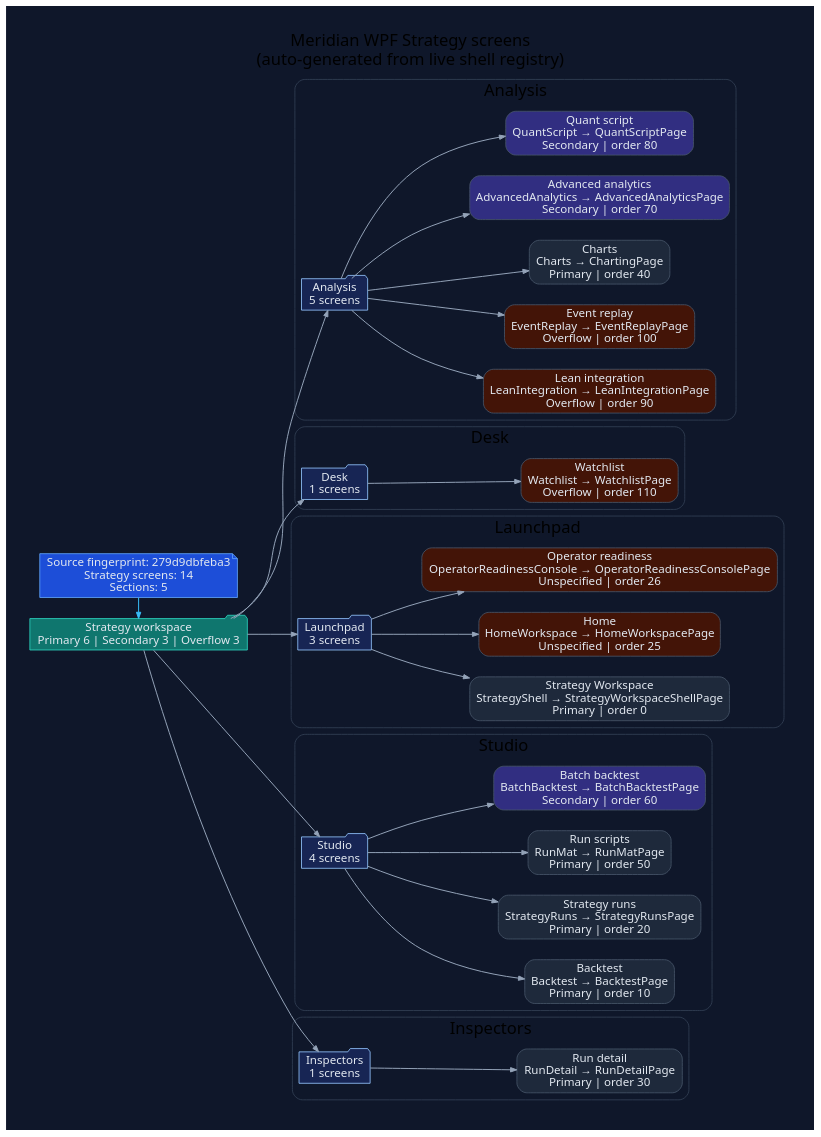
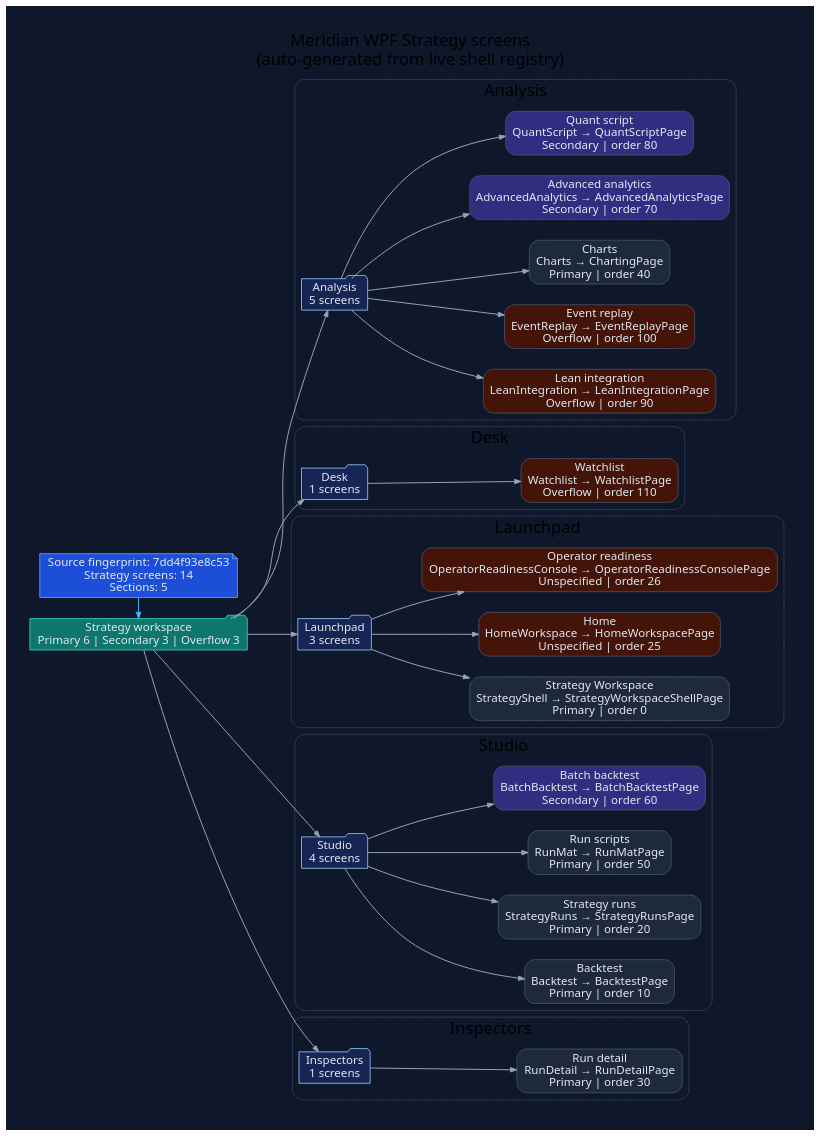
One commit to rodoHasArrived/Meridian-main changed the diagram in docs/diagrams/ui/ui-wpf-screens-strategy.dot. Above: the diagram before and after it, drawn with Graphviz. The commit also changed 45 other files, not shown here.

First line of the commit message:
Regenerate the UI diagrams and WPF screen tracker

```diff
--- a/docs/diagrams/ui/ui-wpf-screens-strategy.dot
+++ b/docs/diagrams/ui/ui-wpf-screens-strategy.dot
@@ -1,94 +1,94 @@
 // -----------------------------------------------------------------------------
 // <auto-generated>
 // Generated by scripts/generate-diagrams.mjs.
 // Do not edit this file directly; update the WPF source files instead.
 // -----------------------------------------------------------------------------
 digraph WpfStrategyScreens {
   graph [
     rankdir=LR,
     labelloc=t,
     label="Meridian WPF Strategy screens\n(auto-generated from live shell registry)",
     fontname="Segoe UI",
     fontsize=20,
     pad=0.4,
     nodesep=0.35,
     ranksep=0.85,
     bgcolor="#0f172a"
   ];
   node [fontname="Segoe UI", shape=box, style="rounded,filled", color="#475569", fontcolor="#e2e8f0", fillcolor="#1e293b"];
   edge [fontname="Segoe UI", color="#94a3b8", penwidth=1.2, arrowsize=0.75];
 
-  generated [shape=note, fillcolor="#1d4ed8", color="#60a5fa", label="Source fingerprint: 279d9dbfeba3\nStrategy screens: 14\nSections: 5"];
+  generated [shape=note, fillcolor="#1d4ed8", color="#60a5fa", label="Source fingerprint: 7dd4f93e8c53\nStrategy screens: 14\nSections: 5"];
   workspace [shape=folder, fillcolor="#0f766e", color="#2dd4bf", label="Strategy workspace\nPrimary 6 | Secondary 3 | Overflow 3"];
   generated -> workspace [color="#38bdf8"];
 
   subgraph cluster_section_1 {
     label="Analysis";
     color="#334155";
     style="rounded";
     section_1 [shape=folder, fillcolor="#172554", color="#93c5fd", label="Analysis\n5 screens"];
     workspace -> section_1;
     screen_LeanIntegration [fillcolor="#431407", label="Lean integration\nLeanIntegration → LeanIntegrationPage\nOverflow | order 90"];
     section_1 -> screen_LeanIntegration;
     screen_EventReplay [fillcolor="#431407", label="Event replay\nEventReplay → EventReplayPage\nOverflow | order 100"];
     section_1 -> screen_EventReplay;
     screen_Charts [fillcolor="#1e293b", label="Charts\nCharts → ChartingPage\nPrimary | order 40"];
     section_1 -> screen_Charts;
     screen_AdvancedAnalytics [fillcolor="#312e81", label="Advanced analytics\nAdvancedAnalytics → AdvancedAnalyticsPage\nSecondary | order 70"];
     section_1 -> screen_AdvancedAnalytics;
     screen_QuantScript [fillcolor="#312e81", label="Quant script\nQuantScript → QuantScriptPage\nSecondary | order 80"];
     section_1 -> screen_QuantScript;
   }
 
   subgraph cluster_section_2 {
     label="Desk";
     color="#334155";
     style="rounded";
     section_2 [shape=folder, fillcolor="#172554", color="#93c5fd", label="Desk\n1 screens"];
     workspace -> section_2;
     screen_Watchlist [fillcolor="#431407", label="Watchlist\nWatchlist → WatchlistPage\nOverflow | order 110"];
     section_2 -> screen_Watchlist;
   }
 
   subgraph cluster_section_3 {
     label="Launchpad";
     color="#334155";
     style="rounded";
     section_3 [shape=folder, fillcolor="#172554", color="#93c5fd", label="Launchpad\n3 screens"];
     workspace -> section_3;
     screen_StrategyShell [fillcolor="#1e293b", label="Strategy Workspace\nStrategyShell → StrategyWorkspaceShellPage\nPrimary | order 0"];
     section_3 -> screen_StrategyShell;
     screen_HomeWorkspace [fillcolor="#431407", label="Home\nHomeWorkspace → HomeWorkspacePage\nUnspecified | order 25"];
     section_3 -> screen_HomeWorkspace;
     screen_OperatorReadinessConsole [fillcolor="#431407", label="Operator readiness\nOperatorReadinessConsole → OperatorReadinessConsolePage\nUnspecified | order 26"];
     section_3 -> screen_OperatorReadinessConsole;
   }
 
   subgraph cluster_section_4 {
     label="Studio";
     color="#334155";
     style="rounded";
     section_4 [shape=folder, fillcolor="#172554", color="#93c5fd", label="Studio\n4 screens"];
     workspace -> section_4;
     screen_Backtest [fillcolor="#1e293b", label="Backtest\nBacktest → BacktestPage\nPrimary | order 10"];
     section_4 -> screen_Backtest;
     screen_StrategyRuns [fillcolor="#1e293b", label="Strategy runs\nStrategyRuns → StrategyRunsPage\nPrimary | order 20"];
     section_4 -> screen_StrategyRuns;
     screen_RunMat [fillcolor="#1e293b", label="Run scripts\nRunMat → RunMatPage\nPrimary | order 50"];
     section_4 -> screen_RunMat;
     screen_BatchBacktest [fillcolor="#312e81", label="Batch backtest\nBatchBacktest → BatchBacktestPage\nSecondary | order 60"];
     section_4 -> screen_BatchBacktest;
   }
 
   subgraph cluster_section_5 {
     label="Inspectors";
     color="#334155";
     style="rounded";
     section_5 [shape=folder, fillcolor="#172554", color="#93c5fd", label="Inspectors\n1 screens"];
     workspace -> section_5;
     screen_RunDetail [fillcolor="#1e293b", label="Run detail\nRunDetail → RunDetailPage\nPrimary | order 30"];
     section_5 -> screen_RunDetail;
   }
 
   { rank=min; generated; workspace; }
 }
```
